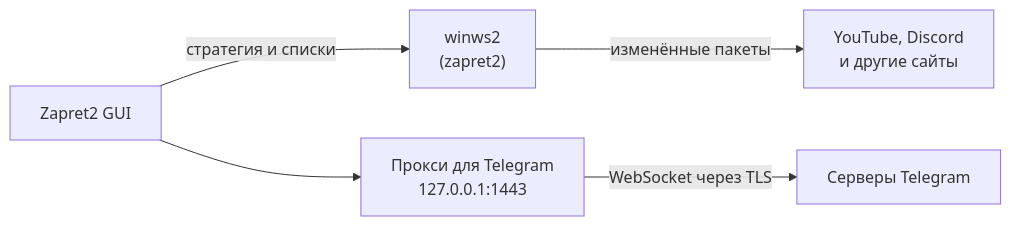
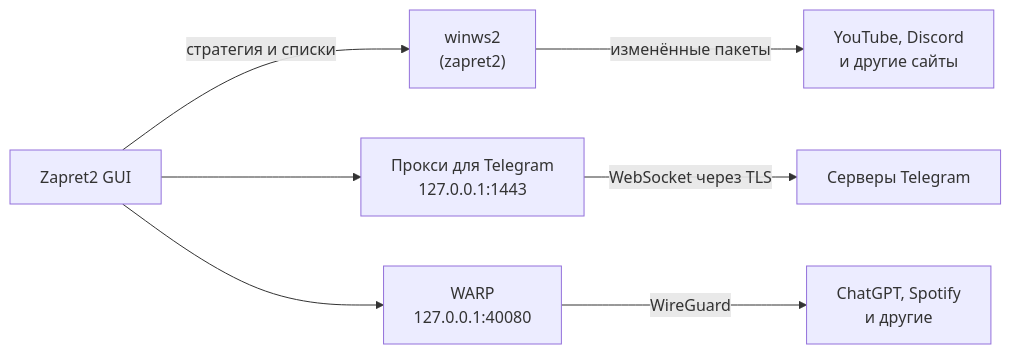
Before and after one commit to raiyaxkrash/zapret2-rust: the diagram in README.md, drawn with Mermaid. The commit also changed other lines of this file and 31 other files, not shown here.

````diff
--- a/README.md
+++ b/README.md
@@ -119,7 +124,9 @@
 ```mermaid
 flowchart LR
     A["Zapret2 GUI"] -->|стратегия и списки| B["winws2<br/>(zapret2)"]
     B -->|изменённые пакеты| C["YouTube, Discord<br/>и другие сайты"]
     A --> D["Прокси для Telegram<br/>127.0.0.1:1443"]
     D -->|WebSocket через TLS| E["Серверы Telegram"]
+    A --> F["WARP<br/>127.0.0.1:40080"]
+    F -->|WireGuard| G["ChatGPT, Spotify<br/>и другие"]
 ```
````
